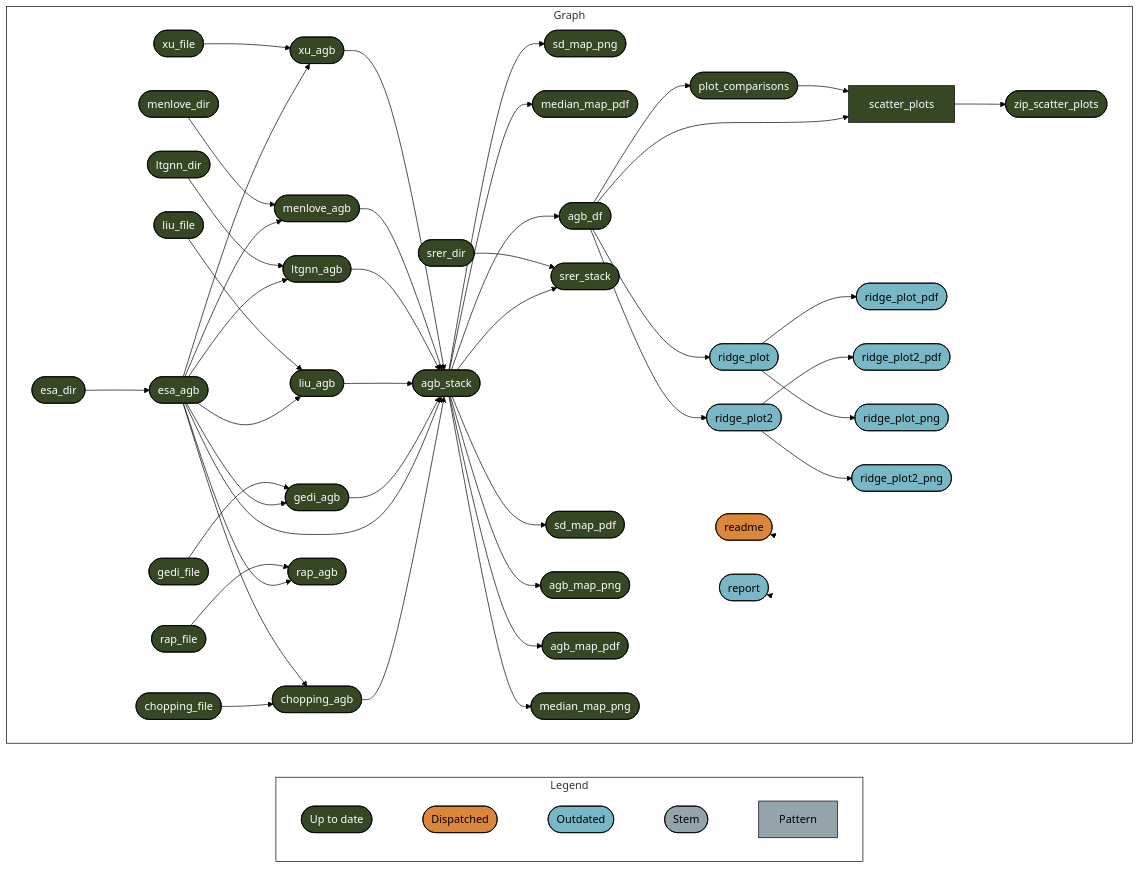
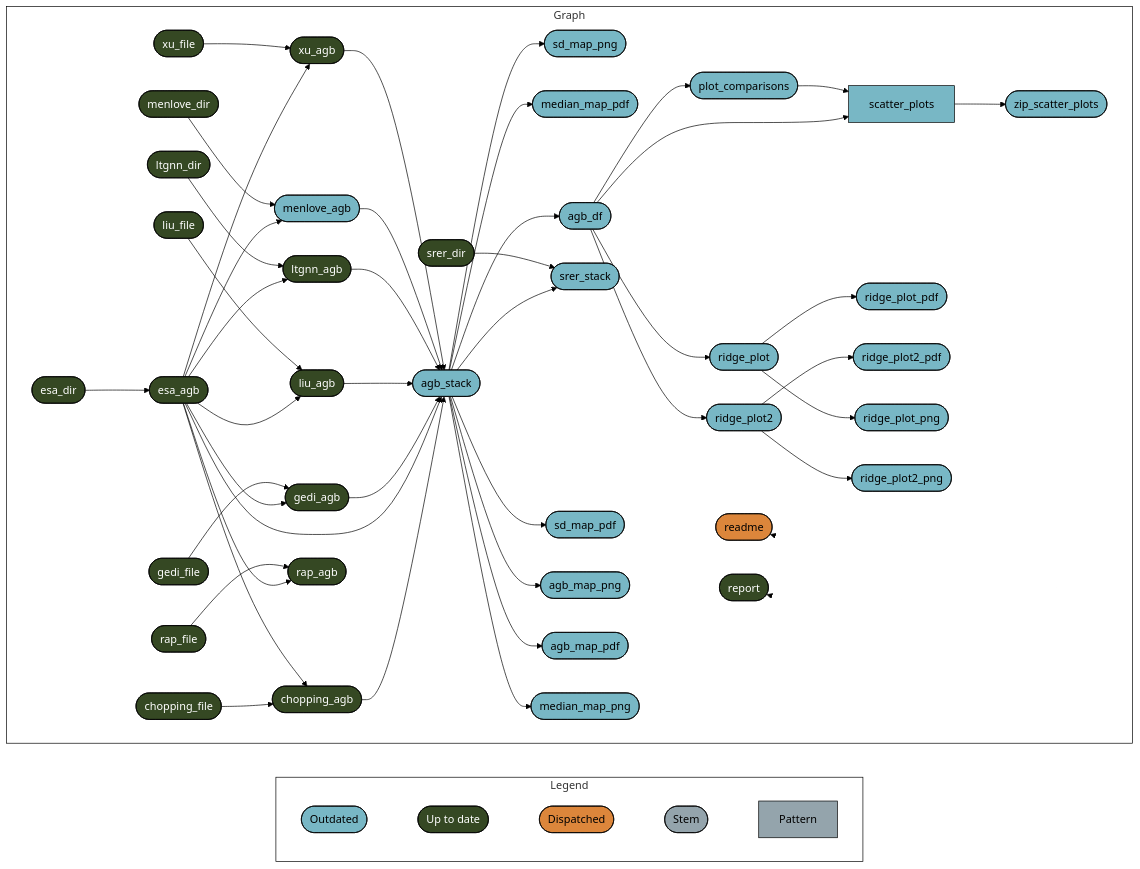
Before and after one commit to EcosystemEcologyLab/SW_Biomass: the diagram in README.md, drawn with Mermaid (forest theme). The commit also changed other lines of this file and 13 other files, not shown here.

````diff
--- a/README.md
+++ b/README.md
@@ -36,68 +36,68 @@
 ``` mermaid
 graph LR
   style Legend fill:#FFFFFF00,stroke:#000000;
   style Graph fill:#FFFFFF00,stroke:#000000;
   subgraph Legend
     direction LR
+    x0a52b03877696646([""Outdated""]):::outdated --- x7420bd9270f8d27d([""Up to date""]):::uptodate
     x7420bd9270f8d27d([""Up to date""]):::uptodate --- xa8565c104d8f0705([""Dispatched""]):::dispatched
-    xa8565c104d8f0705([""Dispatched""]):::dispatched --- x0a52b03877696646([""Outdated""]):::outdated
-    x0a52b03877696646([""Outdated""]):::outdated --- xbf4603d6c2c2ad6b([""Stem""]):::none
+    xa8565c104d8f0705([""Dispatched""]):::dispatched --- xbf4603d6c2c2ad6b([""Stem""]):::none
     xbf4603d6c2c2ad6b([""Stem""]):::none --- x70a5fa6bea6f298d[""Pattern""]:::none
   end
   subgraph Graph
     direction LR
-    x74a8a38fc5a3e271(["agb_stack"]):::uptodate --> xc17fbd3a1bc1e06f(["sd_map_png"]):::uptodate
-    x74a8a38fc5a3e271(["agb_stack"]):::uptodate --> xb4a772147757aa82(["median_map_pdf"]):::uptodate
+    x74a8a38fc5a3e271(["agb_stack"]):::outdated --> xc17fbd3a1bc1e06f(["sd_map_png"]):::outdated
+    x74a8a38fc5a3e271(["agb_stack"]):::outdated --> xb4a772147757aa82(["median_map_pdf"]):::outdated
     x80cf9d1bb79c21e3(["chopping_file"]):::uptodate --> x10672e980111f5c2(["chopping_agb"]):::uptodate
     x9f7f8cade5fecf35(["esa_agb"]):::uptodate --> x10672e980111f5c2(["chopping_agb"]):::uptodate
     x9f7f8cade5fecf35(["esa_agb"]):::uptodate --> x7ff1622cd5d030f8(["ltgnn_agb"]):::uptodate
     xc968c07864940097(["ltgnn_dir"]):::uptodate --> x7ff1622cd5d030f8(["ltgnn_agb"]):::uptodate
-    x1194ca8b71ccd0e1(["agb_df"]):::uptodate --> xf4f4464992cd7b36(["ridge_plot2"]):::outdated
-    x10672e980111f5c2(["chopping_agb"]):::uptodate --> x74a8a38fc5a3e271(["agb_stack"]):::uptodate
-    x9f7f8cade5fecf35(["esa_agb"]):::uptodate --> x74a8a38fc5a3e271(["agb_stack"]):::uptodate
-    x5bee436f312cca80(["gedi_agb"]):::uptodate --> x74a8a38fc5a3e271(["agb_stack"]):::uptodate
-    xe4f3f2f15e724def(["liu_agb"]):::uptodate --> x74a8a38fc5a3e271(["agb_stack"]):::uptodate
-    x7ff1622cd5d030f8(["ltgnn_agb"]):::uptodate --> x74a8a38fc5a3e271(["agb_stack"]):::uptodate
-    xb420f92ea294cb0b(["menlove_agb"]):::uptodate --> x74a8a38fc5a3e271(["agb_stack"]):::uptodate
-    x6bb719b45bfee760(["xu_agb"]):::uptodate --> x74a8a38fc5a3e271(["agb_stack"]):::uptodate
-    xa9c8870bcb5985fd["scatter_plots"]:::uptodate --> x0ed052f6c2f4c6d2(["zip_scatter_plots"]):::uptodate
-    x74a8a38fc5a3e271(["agb_stack"]):::uptodate --> x4eb7e7cfb305a440(["srer_stack"]):::uptodate
-    xc7f156126aa49133(["srer_dir"]):::uptodate --> x4eb7e7cfb305a440(["srer_stack"]):::uptodate
-    x9f7f8cade5fecf35(["esa_agb"]):::uptodate --> xb420f92ea294cb0b(["menlove_agb"]):::uptodate
-    x5086af9665941a9e(["menlove_dir"]):::uptodate --> xb420f92ea294cb0b(["menlove_agb"]):::uptodate
-    x74a8a38fc5a3e271(["agb_stack"]):::uptodate --> xa915fa9c5247d8fb(["sd_map_pdf"]):::uptodate
-    x74a8a38fc5a3e271(["agb_stack"]):::uptodate --> x1194ca8b71ccd0e1(["agb_df"]):::uptodate
+    x1194ca8b71ccd0e1(["agb_df"]):::outdated --> xf4f4464992cd7b36(["ridge_plot2"]):::outdated
+    x10672e980111f5c2(["chopping_agb"]):::uptodate --> x74a8a38fc5a3e271(["agb_stack"]):::outdated
+    x9f7f8cade5fecf35(["esa_agb"]):::uptodate --> x74a8a38fc5a3e271(["agb_stack"]):::outdated
+    x5bee436f312cca80(["gedi_agb"]):::uptodate --> x74a8a38fc5a3e271(["agb_stack"]):::outdated
+    xe4f3f2f15e724def(["liu_agb"]):::uptodate --> x74a8a38fc5a3e271(["agb_stack"]):::outdated
+    x7ff1622cd5d030f8(["ltgnn_agb"]):::uptodate --> x74a8a38fc5a3e271(["agb_stack"]):::outdated
+    xb420f92ea294cb0b(["menlove_agb"]):::outdated --> x74a8a38fc5a3e271(["agb_stack"]):::outdated
+    x6bb719b45bfee760(["xu_agb"]):::uptodate --> x74a8a38fc5a3e271(["agb_stack"]):::outdated
+    xa9c8870bcb5985fd["scatter_plots"]:::outdated --> x0ed052f6c2f4c6d2(["zip_scatter_plots"]):::outdated
+    x74a8a38fc5a3e271(["agb_stack"]):::outdated --> x4eb7e7cfb305a440(["srer_stack"]):::outdated
+    xc7f156126aa49133(["srer_dir"]):::uptodate --> x4eb7e7cfb305a440(["srer_stack"]):::outdated
+    x9f7f8cade5fecf35(["esa_agb"]):::uptodate --> xb420f92ea294cb0b(["menlove_agb"]):::outdated
+    x5086af9665941a9e(["menlove_dir"]):::uptodate --> xb420f92ea294cb0b(["menlove_agb"]):::outdated
+    x74a8a38fc5a3e271(["agb_stack"]):::outdated --> xa915fa9c5247d8fb(["sd_map_pdf"]):::outdated
+    x74a8a38fc5a3e271(["agb_stack"]):::outdated --> x1194ca8b71ccd0e1(["agb_df"]):::outdated
     x9f7f8cade5fecf35(["esa_agb"]):::uptodate --> x6bb719b45bfee760(["xu_agb"]):::uptodate
     x39b0a131ab7dd2d0(["xu_file"]):::uptodate --> x6bb719b45bfee760(["xu_agb"]):::uptodate
-    x1194ca8b71ccd0e1(["agb_df"]):::uptodate --> x13774cf4f2cc9b83(["ridge_plot"]):::outdated
+    x1194ca8b71ccd0e1(["agb_df"]):::outdated --> x13774cf4f2cc9b83(["ridge_plot"]):::outdated
     x13774cf4f2cc9b83(["ridge_plot"]):::outdated --> x0559a68403a4b0d3(["ridge_plot_pdf"]):::outdated
     xf4f4464992cd7b36(["ridge_plot2"]):::outdated --> x040f384dee9e6f46(["ridge_plot2_pdf"]):::outdated
-    x74a8a38fc5a3e271(["agb_stack"]):::uptodate --> x55567b6e4e4e9f04(["agb_map_png"]):::uptodate
-    x1194ca8b71ccd0e1(["agb_df"]):::uptodate --> xa9c8870bcb5985fd["scatter_plots"]:::uptodate
-    xa5177effe50f87b0(["plot_comparisons"]):::uptodate --> xa9c8870bcb5985fd["scatter_plots"]:::uptodate
+    x74a8a38fc5a3e271(["agb_stack"]):::outdated --> x55567b6e4e4e9f04(["agb_map_png"]):::outdated
+    x1194ca8b71ccd0e1(["agb_df"]):::outdated --> xa9c8870bcb5985fd["scatter_plots"]:::outdated
+    xa5177effe50f87b0(["plot_comparisons"]):::outdated --> xa9c8870bcb5985fd["scatter_plots"]:::outdated
     x9f7f8cade5fecf35(["esa_agb"]):::uptodate --> x5688b5ef6bcea6f9(["rap_agb"]):::uptodate
     x9889d33e942dc03b(["rap_file"]):::uptodate --> x5688b5ef6bcea6f9(["rap_agb"]):::uptodate
     xb91305eee1f5b0b5(["esa_dir"]):::uptodate --> x9f7f8cade5fecf35(["esa_agb"]):::uptodate
-    x74a8a38fc5a3e271(["agb_stack"]):::uptodate --> x3180218e70201396(["agb_map_pdf"]):::uptodate
-    x74a8a38fc5a3e271(["agb_stack"]):::uptodate --> x0b6b69c22deec4ac(["median_map_png"]):::uptodate
+    x74a8a38fc5a3e271(["agb_stack"]):::outdated --> x3180218e70201396(["agb_map_pdf"]):::outdated
+    x74a8a38fc5a3e271(["agb_stack"]):::outdated --> x0b6b69c22deec4ac(["median_map_png"]):::outdated
     x13774cf4f2cc9b83(["ridge_plot"]):::outdated --> x7a126aaea56cf93a(["ridge_plot_png"]):::outdated
     xf4f4464992cd7b36(["ridge_plot2"]):::outdated --> xd468bbbbb05472a0(["ridge_plot2_png"]):::outdated
     x9f7f8cade5fecf35(["esa_agb"]):::uptodate --> x5bee436f312cca80(["gedi_agb"]):::uptodate
     x8d7fb25f1e16bc4f(["gedi_file"]):::uptodate --> x5bee436f312cca80(["gedi_agb"]):::uptodate
     x9f7f8cade5fecf35(["esa_agb"]):::uptodate --> xe4f3f2f15e724def(["liu_agb"]):::uptodate
     x26d0dae1bf6fcb39(["liu_file"]):::uptodate --> xe4f3f2f15e724def(["liu_agb"]):::uptodate
-    x1194ca8b71ccd0e1(["agb_df"]):::uptodate --> xa5177effe50f87b0(["plot_comparisons"]):::uptodate
+    x1194ca8b71ccd0e1(["agb_df"]):::outdated --> xa5177effe50f87b0(["plot_comparisons"]):::outdated
     x6e52cb0f1668cc22(["readme"]):::dispatched --> x6e52cb0f1668cc22(["readme"]):::dispatched
-    xe0fba61fbc506510(["report"]):::outdated --> xe0fba61fbc506510(["report"]):::outdated
+    xe0fba61fbc506510(["report"]):::uptodate --> xe0fba61fbc506510(["report"]):::uptodate
   end
+  classDef outdated stroke:#000000,color:#000000,fill:#78B7C5;
   classDef uptodate stroke:#000000,color:#ffffff,fill:#354823;
   classDef dispatched stroke:#000000,color:#000000,fill:#DC863B;
-  classDef outdated stroke:#000000,color:#000000,fill:#78B7C5;
   classDef none stroke:#000000,color:#000000,fill:#94a4ac;
   linkStyle 0 stroke-width:0px;
   linkStyle 1 stroke-width:0px;
   linkStyle 2 stroke-width:0px;
   linkStyle 3 stroke-width:0px;
   linkStyle 45 stroke-width:0px;
   linkStyle 46 stroke-width:0px;
 ```
````
